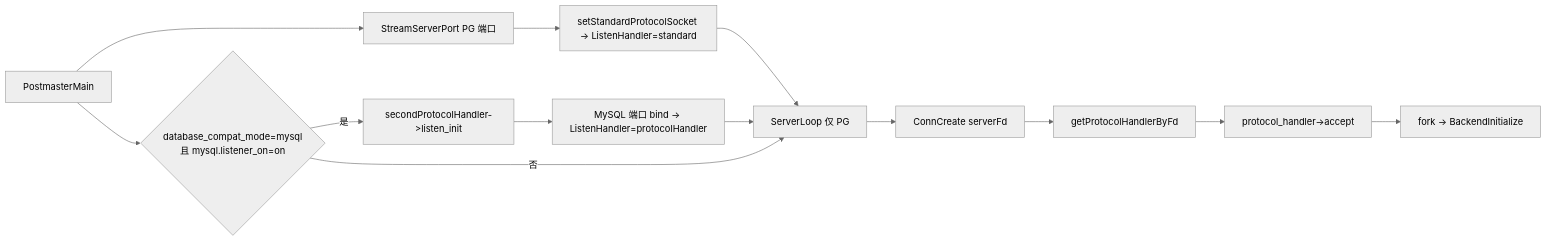
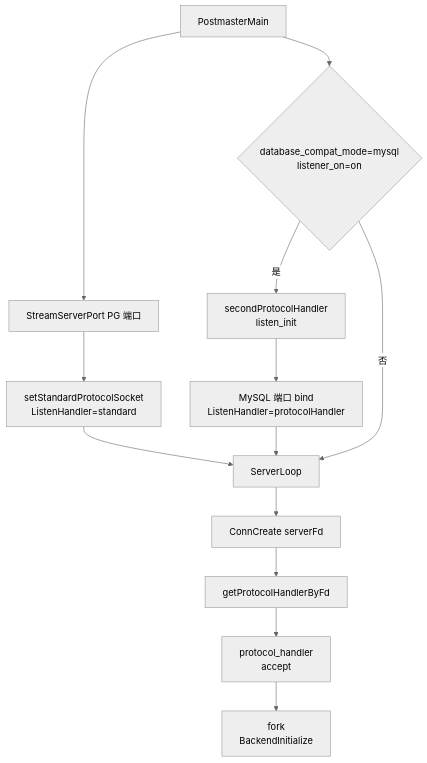
Before and after one commit to Meta11ic0/fluffynotes: the third of 6 diagrams in database/openhalo/openhalo-mysql-compatibility.md, drawn with Mermaid (neutral theme). The commit also changed other lines of this file, not shown here.

````diff
--- a/database/openhalo/openhalo-mysql-compatibility.md
+++ b/database/openhalo/openhalo-mysql-compatibility.md
@@ -342,15 +342,16 @@
 ```mermaid
-flowchart LR
-    PM[PostmasterMain] --> SSP[StreamServerPort PG 端口]
-    SSP --> SSS[setStandardProtocolSocket → ListenHandler=standard]
-    PM --> GUC{database_compat_mode=mysql<br/>且 mysql.listener_on=on}
-    GUC -->|是| LI[secondProtocolHandler->listen_init]
-    LI --> ML[MySQL 端口 bind → ListenHandler=protocolHandler]
-    GUC -->|否| SL[ServerLoop 仅 PG]
+flowchart TB
+    PM[PostmasterMain]
+    PM --> SSP[StreamServerPort PG 端口]
+    SSP --> SSS["setStandardProtocolSocket<br/>ListenHandler=standard"]
+    PM --> GUC{"database_compat_mode=mysql<br/>listener_on=on"}
+    GUC -->|是| LI["secondProtocolHandler<br/>listen_init"]
+    LI --> ML["MySQL 端口 bind<br/>ListenHandler=protocolHandler"]
+    GUC -->|否| SL[ServerLoop]
     SSS --> SL
     ML --> SL
     SL --> ACC[ConnCreate serverFd]
     ACC --> GPH[getProtocolHandlerByFd]
-    GPH --> AH[protocol_handler->accept]
-    AH --> FORK[fork → BackendInitialize]
+    GPH --> AH["protocol_handler<br/>accept"]
+    AH --> FORK["fork<br/>BackendInitialize"]
 ```
````
